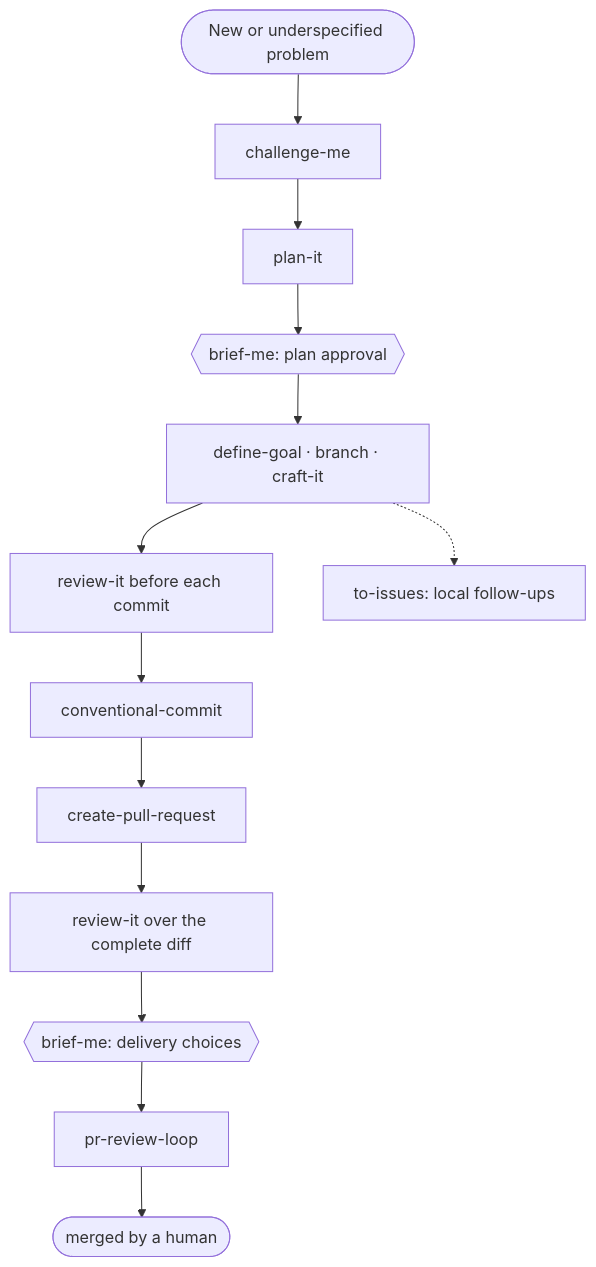
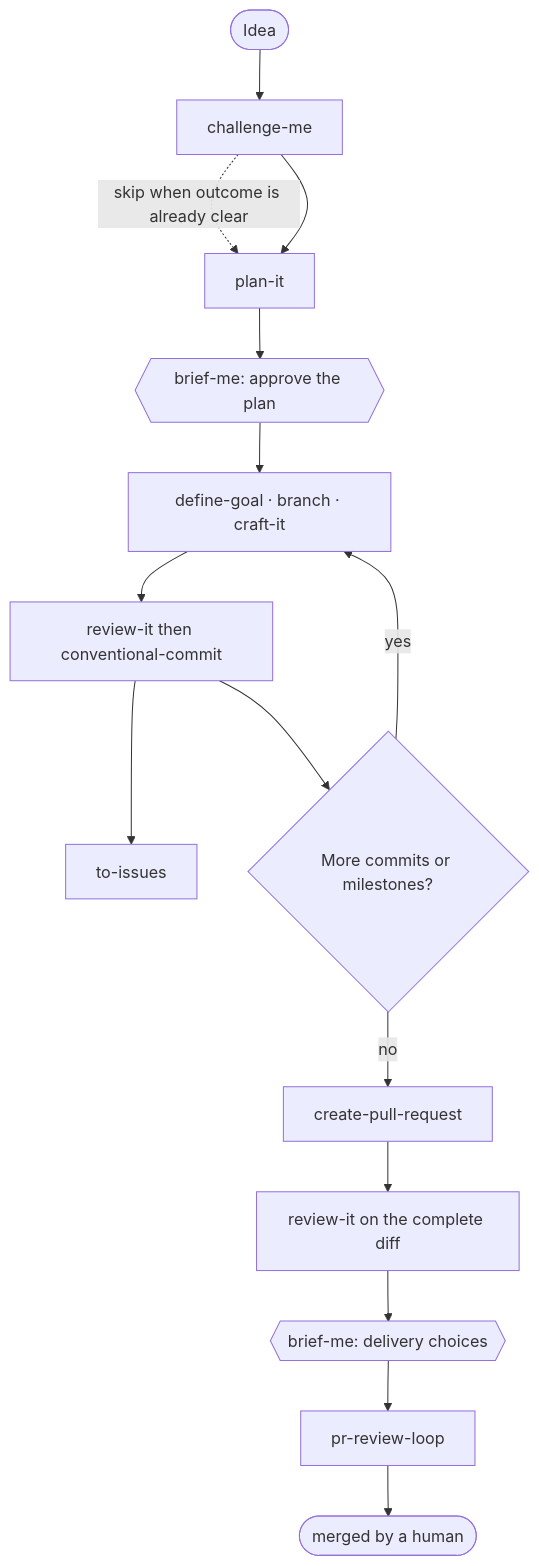
One commit to typeweaver/skills changed the diagram in README.md. Above: the diagram before and after it, drawn with Mermaid. The commit also changed other lines of this file and 51 other files, not shown here.

````diff
--- a/README.md
+++ b/README.md
@@ -72,15 +82,17 @@
 ```mermaid
 flowchart TD
-    idea([New or underspecified problem]) --> challenge[challenge-me]
-    challenge --> plan[plan-it]
-    plan --> approve{{brief-me: plan approval}}
+    idea([Idea]) --> challenge[challenge-me]
+    challenge -.->|skip when outcome is already clear| plan[plan-it]
+    challenge --> plan
+    plan --> approve{{brief-me: approve the plan}}
     approve --> build["define-goal · branch · craft-it"]
-    build --> review1["review-it before each commit"]
-    build -.-> issues["to-issues: local follow-ups"]
-    review1 --> commit[conventional-commit]
-    commit --> pr[create-pull-request]
-    pr --> review2["review-it over the complete diff"]
-    review2 --> deliver{{brief-me: delivery choices}}
+    build --> reviewCommit["review-it then conventional-commit"]
+    reviewCommit --> followups[to-issues]
+    reviewCommit --> more{More commits or milestones?}
+    more -->|yes| build
+    more -->|no| pr[create-pull-request]
+    pr --> reviewPr["review-it on the complete diff"]
+    reviewPr --> deliver{{brief-me: delivery choices}}
     deliver --> loop[pr-review-loop]
     loop --> merged([merged by a human])
 ```
````
